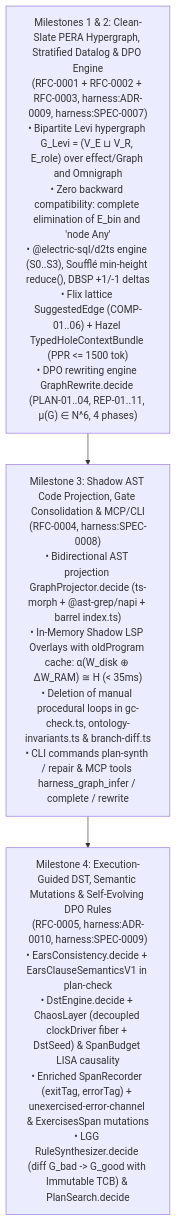
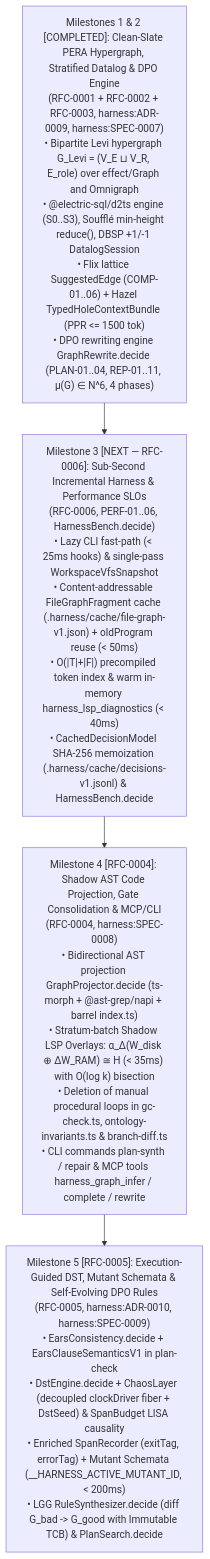
The third of 3 diagrams in docs/rfcs/README.md (selmeci/effect-ts-harness), drawn with Mermaid before and after one commit. The commit also changed other lines of this file and 3 other files, not shown here.

Commit message:
docs(rfcs): add RFC-0006 sub-second incremental caching & performance safeguards for RFC-0004/0005

````diff
--- a/docs/rfcs/README.md
+++ b/docs/rfcs/README.md
@@ -181,11 +184,14 @@
 ```mermaid
 flowchart TD
-  M1["Milestones 1 & 2: Clean-Slate PERA Hypergraph, Stratified Datalog & DPO Engine\n(RFC-0001 + RFC-0002 + RFC-0003, harness:ADR-0009, harness:SPEC-0007)\n• Bipartite Levi hypergraph G_Levi = (V_E ⊔ V_R, E_role) over effect/Graph and Omnigraph\n• Zero backward compatibility: complete elimination of E_bin and 'node Any'\n• @electric-sql/d2ts engine (S0..S3), Soufflé min-height reduce(), DBSP +1/-1 deltas\n• Flix lattice SuggestedEdge (COMP-01..06) + Hazel TypedHoleContextBundle (PPR <= 1500 tok)\n• DPO rewriting engine GraphRewrite.decide (PLAN-01..04, REP-01..11, μ(G) ∈ N^6, 4 phases)"]
+  M1["Milestones 1 & 2 [COMPLETED]: Clean-Slate PERA Hypergraph, Stratified Datalog & DPO Engine\n(RFC-0001 + RFC-0002 + RFC-0003, harness:ADR-0009, harness:SPEC-0007)\n• Bipartite Levi hypergraph G_Levi = (V_E ⊔ V_R, E_role) over effect/Graph and Omnigraph\n• @electric-sql/d2ts engine (S0..S3), Soufflé min-height reduce(), DBSP +1/-1 DatalogSession\n• Flix lattice SuggestedEdge (COMP-01..06) + Hazel TypedHoleContextBundle (PPR <= 1500 tok)\n• DPO rewriting engine GraphRewrite.decide (PLAN-01..04, REP-01..11, μ(G) ∈ N^6, 4 phases)"]
 
-  M2["Milestone 3: Shadow AST Code Projection, Gate Consolidation & MCP/CLI\n(RFC-0004, harness:SPEC-0008)\n• Bidirectional AST projection GraphProjector.decide (ts-morph + @ast-grep/napi + barrel index.ts)\n• In-Memory Shadow LSP Overlays with oldProgram cache: α(W_disk ⊕ ΔW_RAM) ≅ H (< 35ms)\n• Deletion of manual procedural loops in gc-check.ts, ontology-invariants.ts & branch-diff.ts\n• CLI commands plan-synth / repair & MCP tools harness_graph_infer / complete / rewrite"]
+  M2["Milestone 3 [NEXT — RFC-0006]: Sub-Second Incremental Harness & Performance SLOs\n(RFC-0006, PERF-01..06, HarnessBench.decide)\n• Lazy CLI fast-path (< 25ms hooks) & single-pass WorkspaceVfsSnapshot\n• Content-addressable FileGraphFragment cache (.harness/cache/file-graph-v1.json) + oldProgram reuse (< 50ms)\n• O(|T|+|F|) precompiled token index & warm in-memory harness_lsp_diagnostics (< 40ms)\n• CachedDecisionModel SHA-256 memoization (.harness/cache/decisions-v1.jsonl) & HarnessBench.decide"]
 
-  M3["Milestone 4: Execution-Guided DST, Semantic Mutations & Self-Evolving DPO Rules\n(RFC-0005, harness:ADR-0010, harness:SPEC-0009)\n• EarsConsistency.decide + EarsClauseSemanticsV1 in plan-check\n• DstEngine.decide + ChaosLayer (decoupled clockDriver fiber + DstSeed) & SpanBudget LISA causality\n• Enriched SpanRecorder (exitTag, errorTag) + unexercised-error-channel & ExercisesSpan mutations\n• LGG RuleSynthesizer.decide (diff G_bad -> G_good with Immutable TCB) & PlanSearch.decide"]
+  M3["Milestone 4 [RFC-0004]: Shadow AST Code Projection, Gate Consolidation & MCP/CLI\n(RFC-0004, harness:SPEC-0008)\n• Bidirectional AST projection GraphProjector.decide (ts-morph + @ast-grep/napi + barrel index.ts)\n• Stratum-batch Shadow LSP Overlays: α_Δ(W_disk ⊕ ΔW_RAM) ≅ H (< 35ms) with O(log k) bisection\n• Deletion of manual procedural loops in gc-check.ts, ontology-invariants.ts & branch-diff.ts\n• CLI commands plan-synth / repair & MCP tools harness_graph_infer / complete / rewrite"]
+
+  M4["Milestone 5 [RFC-0005]: Execution-Guided DST, Mutant Schemata & Self-Evolving DPO Rules\n(RFC-0005, harness:ADR-0010, harness:SPEC-0009)\n• EarsConsistency.decide + EarsClauseSemanticsV1 in plan-check\n• DstEngine.decide + ChaosLayer (decoupled clockDriver fiber + DstSeed) & SpanBudget LISA causality\n• Enriched SpanRecorder (exitTag, errorTag) + Mutant Schemata (__HARNESS_ACTIVE_MUTANT_ID, < 200ms)\n• LGG RuleSynthesizer.decide (diff G_bad -> G_good with Immutable TCB) & PlanSearch.decide"]
 
   M1 --> M2
   M2 --> M3
+  M3 --> M4
 ```
````
